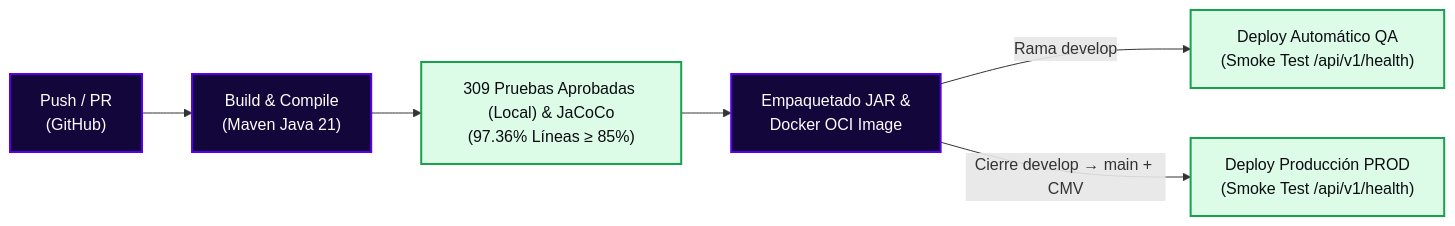
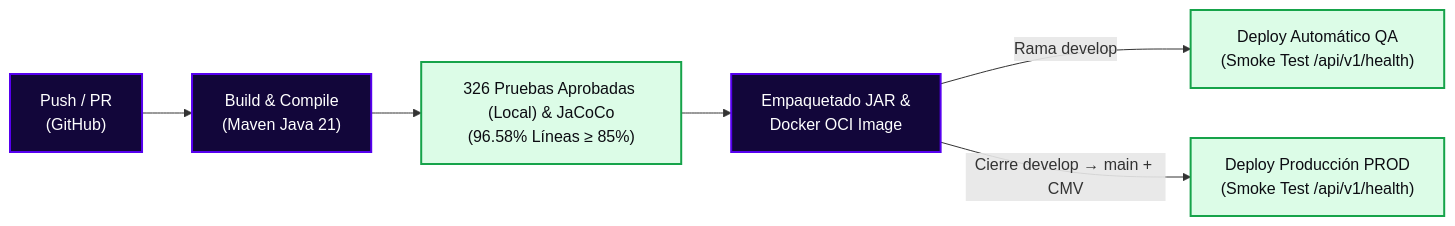
The diagram in docs/readmes/10-cicd-pipeline.md (StyleRadar1/PT8080-Donations-Service), drawn with Mermaid before and after one commit. The commit also changed other lines of this file and 6 other files, not shown here.

````diff
--- a/docs/readmes/10-cicd-pipeline.md
+++ b/docs/readmes/10-cicd-pipeline.md
@@ -18,14 +18,14 @@
 ```mermaid
 flowchart LR
     A["Push / PR<br>(GitHub)"] --> B["Build & Compile<br>(Maven Java 21)"]
-    B --> C["309 Pruebas Aprobadas (Local) & JaCoCo<br>(97.36% Líneas ≥ 85%)"]
+    B --> C["326 Pruebas Aprobadas (Local) & JaCoCo<br>(96.58% Líneas ≥ 85%)"]
     C --> D["Empaquetado JAR &<br>Docker OCI Image"]
     D -->|Rama develop| E["Deploy Automático QA<br>(Smoke Test /api/v1/health)"]
     D -->|Cierre develop → main + CMV| F["Deploy Producción PROD<br>(Smoke Test /api/v1/health)"]
 
     classDef step fill:#12063A,stroke:#5600EF,stroke-width:2px,color:#FFFFFF;
     classDef pass fill:#DCFCE7,stroke:#16A34A,stroke-width:2px,color:#0C0C12;
 
     class A,B,D step;
     class C,E,F pass;
 ```
````
